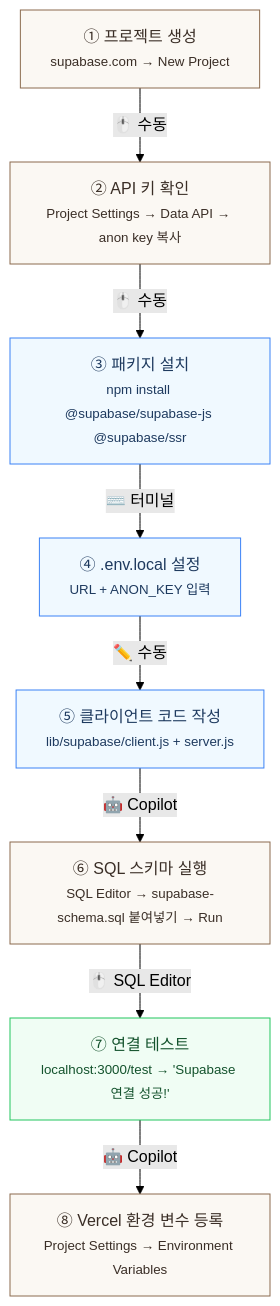
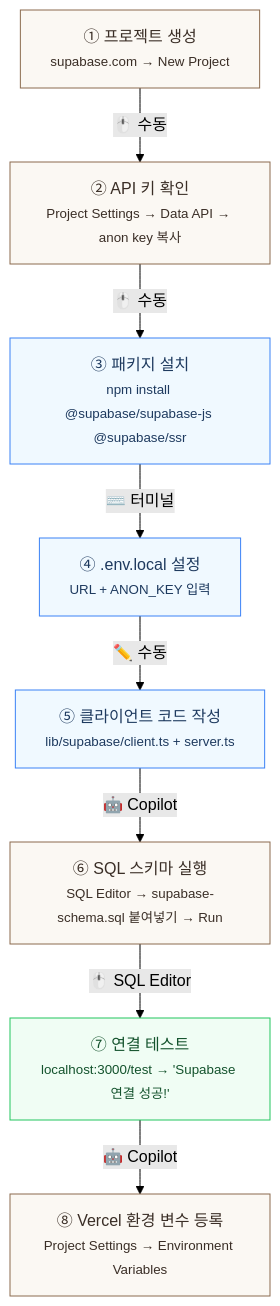
Before and after one commit to LeeSeogMin/web: the diagram in docs/ch8A.md, drawn with Mermaid (forest theme). The commit also changed other lines of this file and 26 other files, not shown here.

````diff
--- a/docs/ch8A.md
+++ b/docs/ch8A.md
@@ -11,28 +11,28 @@
 ```mermaid
 flowchart TD
     A["① 프로젝트 생성<br/><small>supabase.com → New Project</small>"]
     B["② API 키 확인<br/><small>Project Settings → Data API → anon key 복사</small>"]
     C["③ 패키지 설치<br/><small>npm install @supabase/supabase-js @supabase/ssr</small>"]
     D["④ .env.local 설정<br/><small>URL + ANON_KEY 입력</small>"]
-    E["⑤ 클라이언트 코드 작성<br/><small>lib/supabase/client.js + server.js</small>"]
+    E["⑤ 클라이언트 코드 작성<br/><small>lib/supabase/client.ts + server.ts</small>"]
     F["⑥ SQL 스키마 실행<br/><small>SQL Editor → supabase-schema.sql 붙여넣기 → Run</small>"]
     G["⑦ 연결 테스트<br/><small>localhost:3000/test → 'Supabase 연결 성공!'</small>"]
     H["⑧ Vercel 환경 변수 등록<br/><small>Project Settings → Environment Variables</small>"]
 
     A -->|"🖱️ 수동"| B
     B -->|"🖱️ 수동"| C
     C -->|"⌨️ 터미널"| D
     D -->|"✏️ 수동"| E
     E -->|"🤖 Copilot"| F
     F -->|"🖱️ SQL Editor"| G
     G -->|"🤖 Copilot"| H
 
     style A fill:#FBF8F3,stroke:#8B6B4E,color:#3A2E26
     style B fill:#FBF8F3,stroke:#8B6B4E,color:#3A2E26
     style C fill:#f0f9ff,stroke:#3b82f6,color:#1e3a5f
     style D fill:#f0f9ff,stroke:#3b82f6,color:#1e3a5f
     style E fill:#f0f9ff,stroke:#3b82f6,color:#1e3a5f
     style F fill:#FBF8F3,stroke:#8B6B4E,color:#3A2E26
     style G fill:#f0fdf4,stroke:#22c55e,color:#14532d
     style H fill:#FBF8F3,stroke:#8B6B4E,color:#3A2E26
 ```
````
